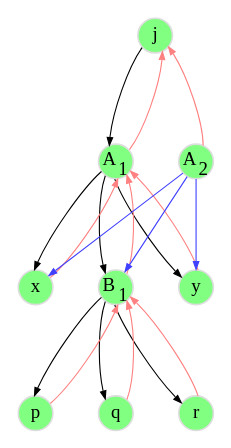
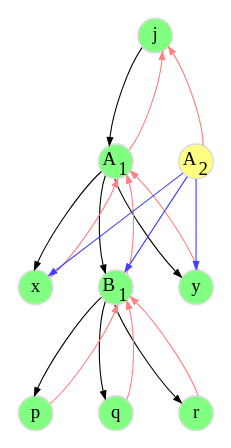
Before and after one commit to flatcap/dparted: the diagram in d1.gv, drawn with Graphviz. The commit also changed 3 other files, not shown here.

```diff
--- a/d1.gv
+++ b/d1.gv
@@ -1,58 +1,58 @@
 digraph d {
 	graph [
 		rankdir="TB"
 		bgcolor="white"
 		color="white"
 		nodesep="0.4"
 		ranksep="0.8"
 	];
 
 	node [
 		fontsize="12"
 		style="solid"
 		width="0.3"
 		height="0.3"
 		fixedsize="true"
 		penwidth="1.0"
 		color="#DDDDDD"
 	];
 
 	edge [
 		penwidth="0.7"
 		color="#000000"
 		arrowsize="0.5"
 	];
 
 
 	j  [ label=<j>             style="filled" fillcolor="#80ff80" ];
 	a1 [ label=<A<SUB>1</SUB>> style="filled" fillcolor="#80ff80" ];
 	x  [ label=<x>             style="filled" fillcolor="#80ff80" ];
 	b1 [ label=<B<SUB>1</SUB>> style="filled" fillcolor="#80ff80" ];
 	y  [ label=<y>             style="filled" fillcolor="#80ff80" ];
 	p  [ label=<p>             style="filled" fillcolor="#80ff80" ];
 	q  [ label=<q>             style="filled" fillcolor="#80ff80" ];
 	r  [ label=<r>             style="filled" fillcolor="#80ff80" ];
-	a2 [ label=<A<SUB>2</SUB>> style="filled" fillcolor="#80ff80" ];
+	a2 [ label=<A<SUB>2</SUB>> style="filled" fillcolor="#ffff80" ];
 
 	j  -> a1;
 	a1 -> j   [ color="#ff8080" ];
 	a1 -> x;
 	x  -> a1  [ color="#ff8080" ];
 	a1 -> b1;
 	b1 -> a1  [ color="#ff8080" ];
 	a1 -> y;
 	y  -> a1  [ color="#ff8080" ];
 	b1 -> p;
 	p  -> b1  [ color="#ff8080" ];
 	b1 -> q;
 	q  -> b1  [ color="#ff8080" ];
 	b1 -> r;
 	r  -> b1  [ color="#ff8080" ];
 
 	j -> a2 [ style=invis ];
 
 	a2 -> j  [ color="#ff8080"     ];
 	a2 -> x  [ color="#4040ff" constraint=false ];
 	a2 -> b1 [ color="#4040ff" constraint=false ];
 	a2 -> y  [ color="#4040ff" constraint=false ];
 }
```
